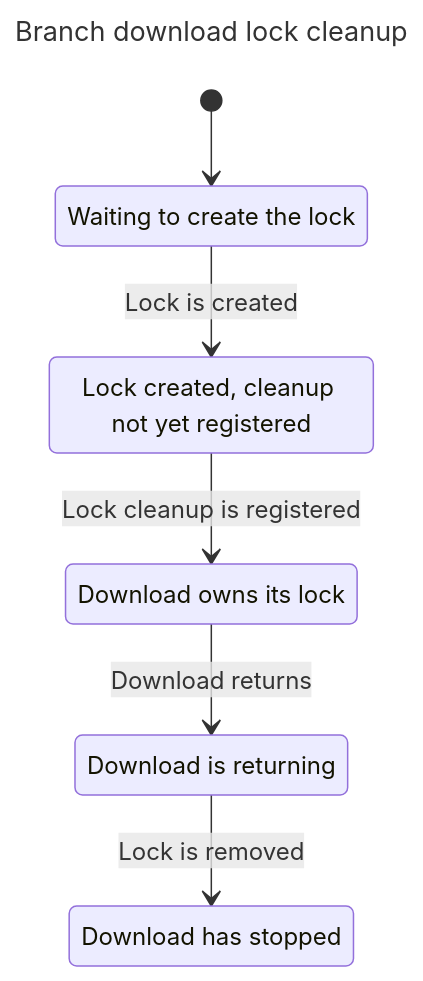
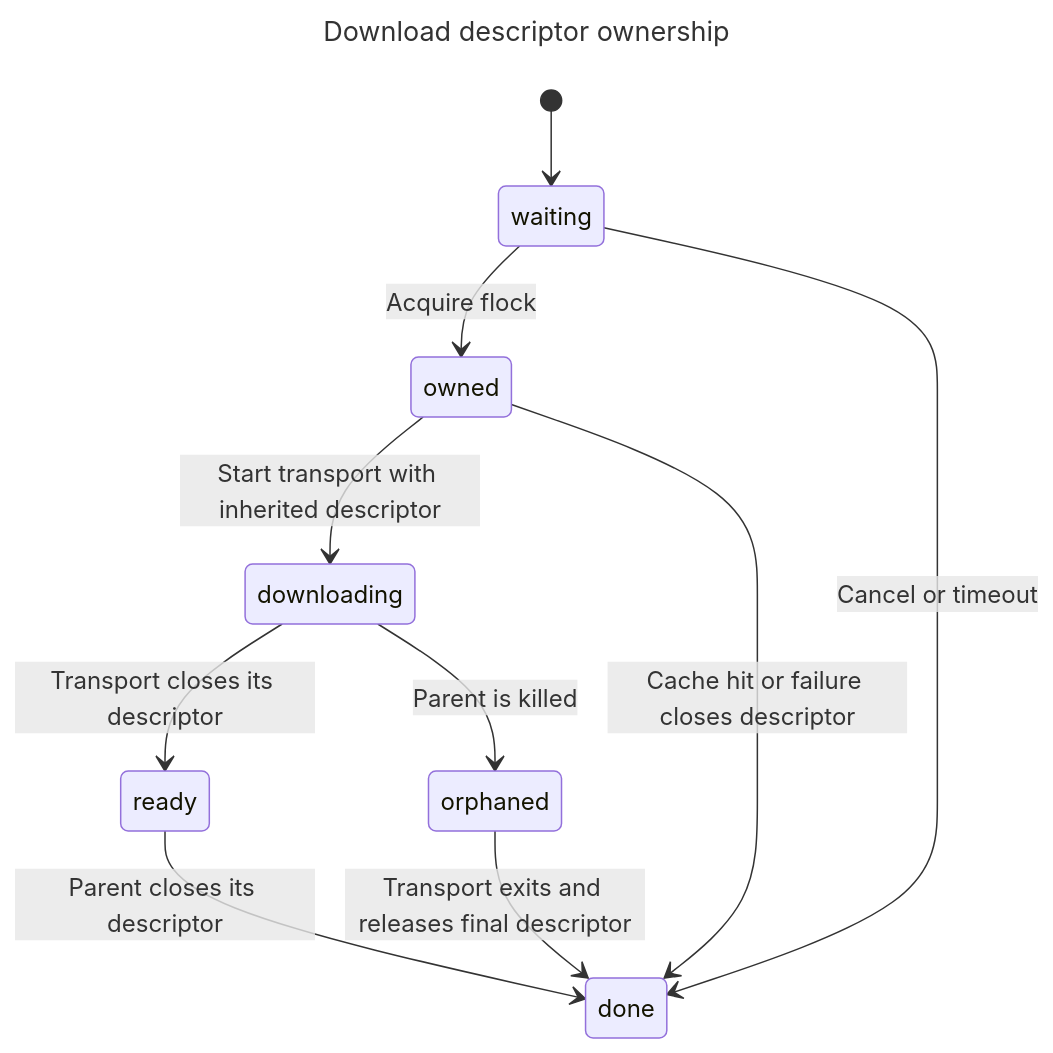
The diagram in .claude/skills/branch-download/references/model/chart.mmd (ririnto/static-builds), drawn with Mermaid before and after one commit. The commit also changed 45 other files, not shown here.

```diff
--- a/.claude/skills/branch-download/references/model/chart.mmd
+++ b/.claude/skills/branch-download/references/model/chart.mmd
@@ -1,14 +1,13 @@
 ---
-title: "Branch download lock cleanup"
+title: "Download descriptor ownership"
 ---
 stateDiagram-v2
-  s0: Waiting to create the lock
-  s1: Lock created, cleanup not yet registered
-  s2: Download owns its lock
-  s3: Download is returning
-  s4: Download has stopped
-  [*] --> s0
-  s0 --> s1: Lock is created
-  s1 --> s2: Lock cleanup is registered
-  s2 --> s3: Download returns
-  s3 --> s4: Lock is removed
+  [*] --> waiting
+  waiting --> owned: Acquire flock
+  owned --> downloading: Start transport with inherited descriptor
+  downloading --> ready: Transport closes its descriptor
+  ready --> done: Parent closes its descriptor
+  owned --> done: Cache hit or failure closes descriptor
+  downloading --> orphaned: Parent is killed
+  orphaned --> done: Transport exits and releases final descriptor
+  waiting --> done: Cancel or timeout
```
